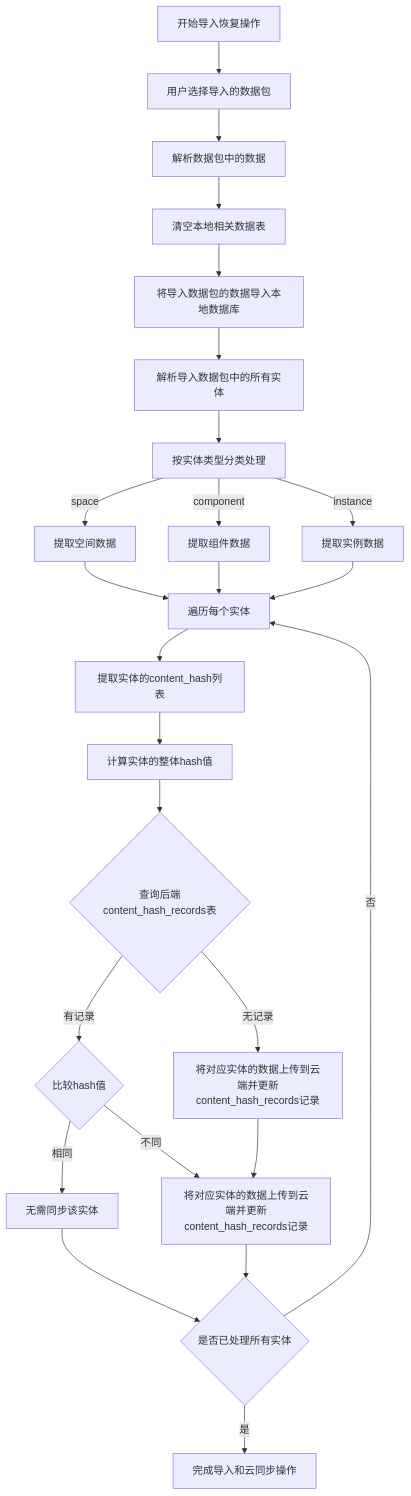
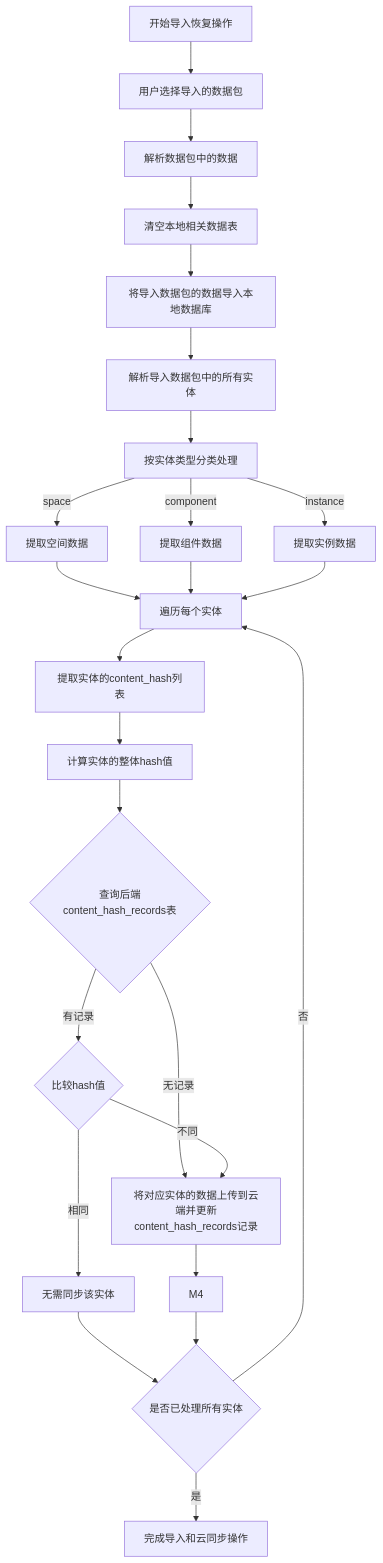
Before and after one commit to yingjianzh/iodraw-files: the diagram in all/未命名-44.md, drawn with Mermaid.

Commit message:
2025-04-27 11:54:10 update

````diff
--- a/all/未命名-44.md
+++ b/all/未命名-44.md
@@ -1,36 +1,36 @@
 ```mermaid
 flowchart TD
     A[开始导入恢复操作] --> B[用户选择导入的数据包]
     B --> C[解析数据包中的数据]
     
     C --> D[清空本地相关数据表]
     D --> E[将导入数据包的数据导入本地数据库]
     
     E --> F[解析导入数据包中的所有实体]
     F --> G[按实体类型分类处理]
     
     G -->|space| H1[提取空间数据]
     G -->|component| H2[提取组件数据]
     G -->|instance| H3[提取实例数据]
     
     H1 --> I[遍历每个实体]
     H2 --> I
     H3 --> I
     
     I --> J[提取实体的content_hash列表]
     J --> K[计算实体的整体hash值]
     
     K --> L{查询后端content_hash_records表}
-    L -->|无记录| M1[将对应实体的数据上传到云端并更新content_hash_records记录]
+    L -->|无记录| M1[将对应实体的数据上传到云端]
     L -->|有记录| M2{比较hash值}
     
     M2 -->|相同| M3[无需同步该实体]
-    M2 -->|不同| M4[将对应实体的数据上传到云端并更新content_hash_records记录]
+    M2 -->|不同| M1[将对应实体的数据上传到云端并更新content_hash_records记录]
     M1 --> M4
     
     M3 --> S{是否已处理所有实体}
     M4 --> S{是否已处理所有实体}
     
     S -->|否| I
     S -->|是| T[完成导入和云同步操作]
 ```
````
